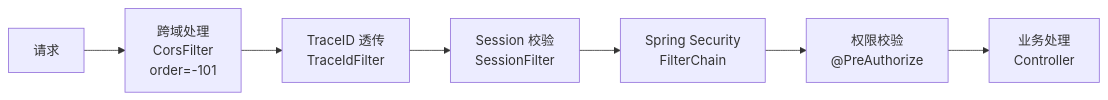
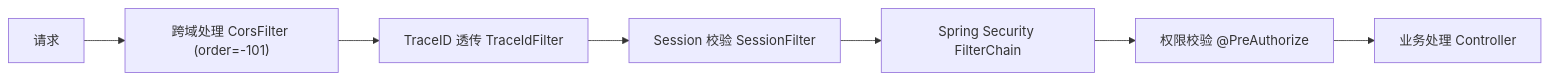
The sixth of 8 diagrams in dehaze-doc/docs/04-项目实现/后端/01-Java架构文档.md (earthy-zinc/dehaze-system), drawn with Mermaid before and after one commit. The commit also changed other lines of this file and 755 other files, not shown here.

````diff
--- a/dehaze-doc/docs/04-项目实现/后端/01-Java架构文档.md
+++ b/dehaze-doc/docs/04-项目实现/后端/01-Java架构文档.md
@@ -752,9 +384,9 @@
 ```mermaid
 flowchart LR
-    Req["请求"] --> CORS["跨域处理<br/>CorsFilter<br/>order=-101"]
-    CORS --> Trace["TraceID 透传<br/>TraceIdFilter"]
-    Trace --> Session["Session 校验<br/>SessionFilter"]
-    Session --> Security["Spring Security<br/>FilterChain"]
-    Security --> Permission["权限校验<br/>@PreAuthorize"]
-    Permission --> Handler["业务处理<br/>Controller"]
+    Req["请求"] --> CORS["跨域处理 CorsFilter (order=-101)"]
+    CORS --> Trace["TraceID 透传 TraceIdFilter"]
+    Trace --> Session["Session 校验 SessionFilter"]
+    Session --> Security["Spring Security FilterChain"]
+    Security --> Permission["权限校验 @PreAuthorize"]
+    Permission --> Handler["业务处理 Controller"]
 ```
````
